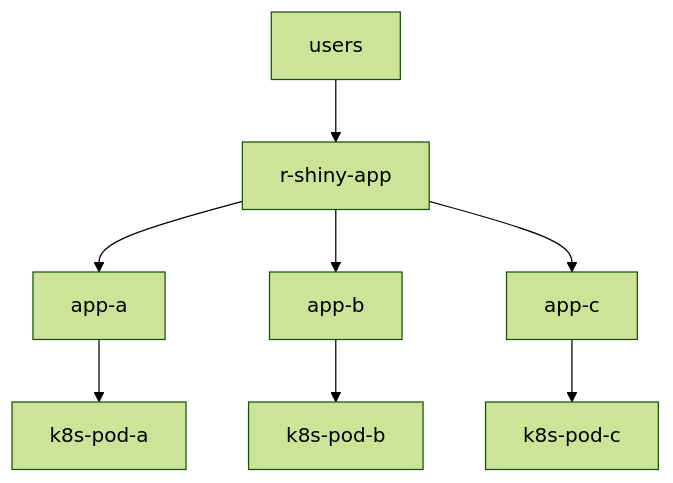
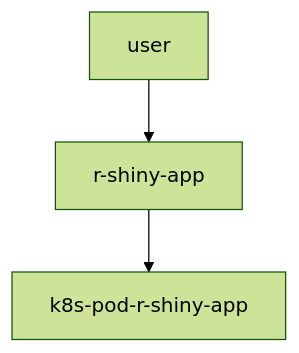
Before and after one commit to lola-pola/r-shiny-app: the diagram in README.md, drawn with Mermaid (forest theme). The commit also changed other lines of this file and 1 other file, not shown here.

````diff
--- a/README.md
+++ b/README.md
@@ -9,10 +9,5 @@
 ```mermaid
 graph TD;
-    users-->r-shiny-app;
-    r-shiny-app-->app-a;
-    r-shiny-app-->app-b;
-    r-shiny-app-->app-c;
-    app-a-->k8s-pod-a;
-    app-b-->k8s-pod-b;
-    app-c-->k8s-pod-c;
+    user-->r-shiny-app;
+    r-shiny-app-->k8s-pod-r-shiny-app;
 ```
````
